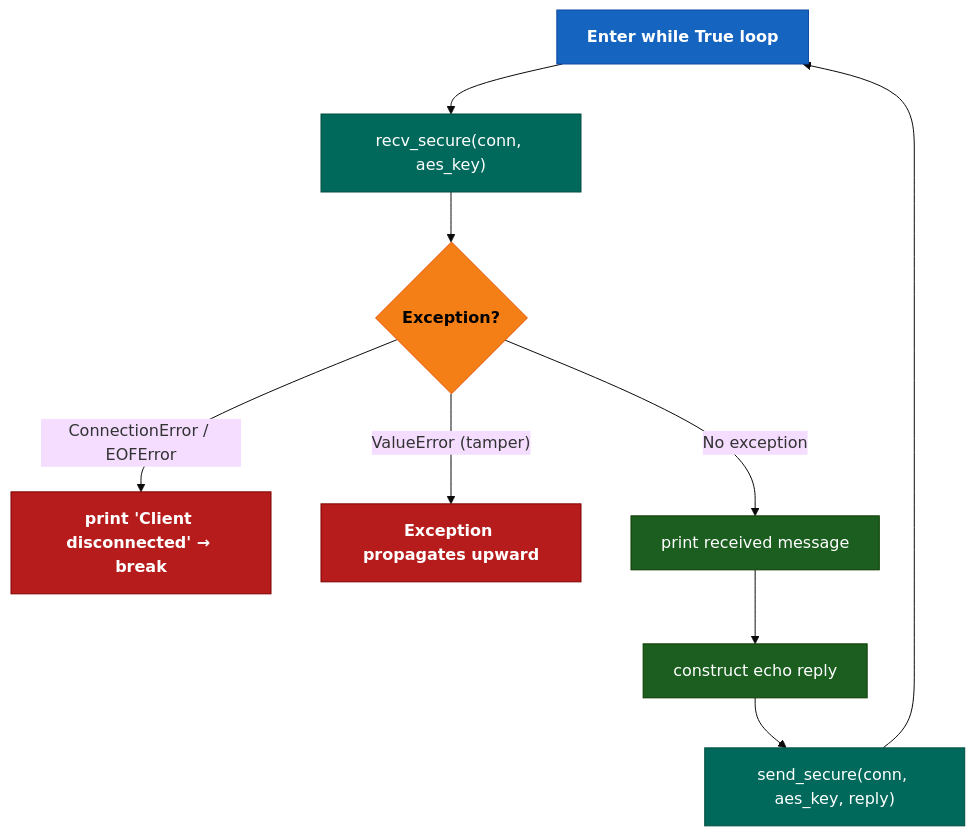
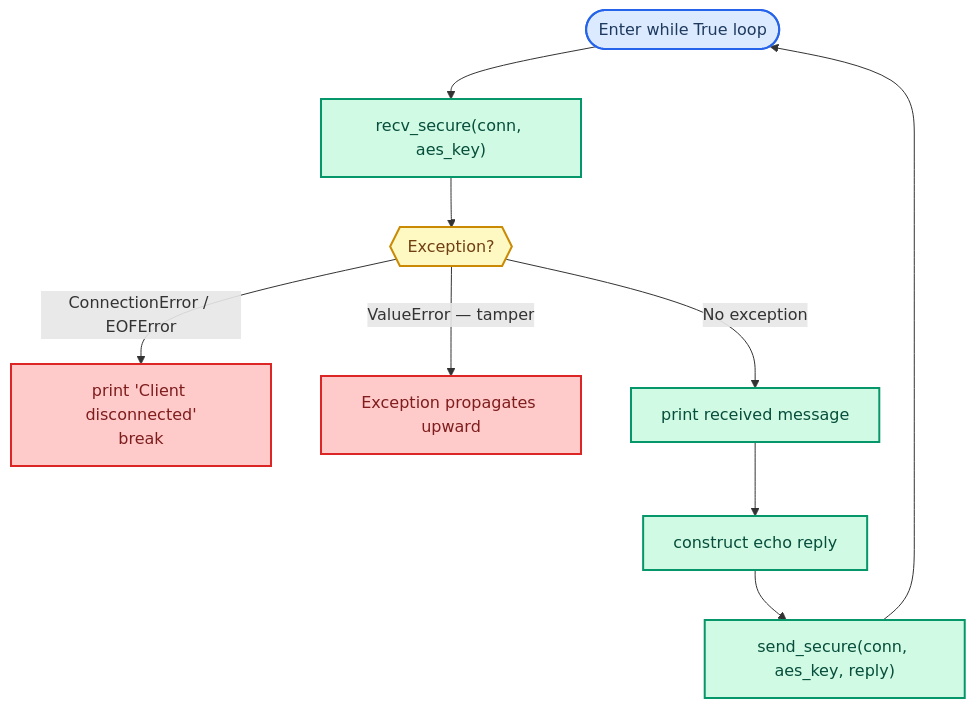
Diagram 13 of 14 in PROJECT_DOCUMENTATION.md (HeshamAfandi/Secure-Communication-System), drawn with Mermaid before and after one commit. The commit also changed other lines of this file, not shown here.

````diff
--- a/PROJECT_DOCUMENTATION.md
+++ b/PROJECT_DOCUMENTATION.md
@@ -981,18 +1072,26 @@
 ```mermaid
-%%{init: {'theme': 'base'}}%%
 flowchart TD
-    classDef loop     fill:#1565C0,stroke:#0D47A1,color:#FFFFFF,font-weight:bold
-    classDef process  fill:#00695C,stroke:#004D40,color:#FFFFFF
-    classDef decision fill:#F57F17,stroke:#E65100,color:#000000,font-weight:bold
-    classDef error    fill:#B71C1C,stroke:#7F0000,color:#FFFFFF,font-weight:bold
-    classDef normal   fill:#1B5E20,stroke:#0D3B00,color:#FFFFFF
+    L(["Enter while True loop"])
+    R["recv_secure(conn, aes_key)"]
+    D{{"Exception?"}}
+    E["print 'Client disconnected'<br/>break"]
+    F["Exception propagates upward"]
+    G["print received message"]
+    H["construct echo reply"]
+    I["send_secure(conn, aes_key, reply)"]
 
-    L["Enter while True loop"]:::loop --> R["recv_secure(conn, aes_key)"]:::process
-    R --> D{Exception?}:::decision
-    D -->|"ConnectionError / EOFError"| E["print 'Client disconnected' → break"]:::error
-    D -->|"ValueError (tamper)"| F["Exception propagates upward"]:::error
-    D -->|"No exception"| G["print received message"]:::normal
-    G --> H["construct echo reply"]:::normal
-    H --> I["send_secure(conn, aes_key, reply)"]:::process
-    I --> L
+    L --> R --> D
+    D -->|"ConnectionError / EOFError"| E
+    D -->|"ValueError — tamper"| F
+    D -->|"No exception"| G
+    G --> H --> I --> L
+
+    style L fill:#dbeafe,stroke:#2563eb,stroke-width:2px,color:#1e3a5f
+    style R fill:#d1fae5,stroke:#059669,stroke-width:2px,color:#064e3b
+    style D fill:#fef9c3,stroke:#ca8a04,stroke-width:2px,color:#713f12
+    style E fill:#fecaca,stroke:#dc2626,stroke-width:2px,color:#7f1d1d
+    style F fill:#fecaca,stroke:#dc2626,stroke-width:2px,color:#7f1d1d
+    style G fill:#d1fae5,stroke:#059669,stroke-width:2px,color:#064e3b
+    style H fill:#d1fae5,stroke:#059669,stroke-width:2px,color:#064e3b
+    style I fill:#d1fae5,stroke:#059669,stroke-width:2px,color:#064e3b
 ```
````
